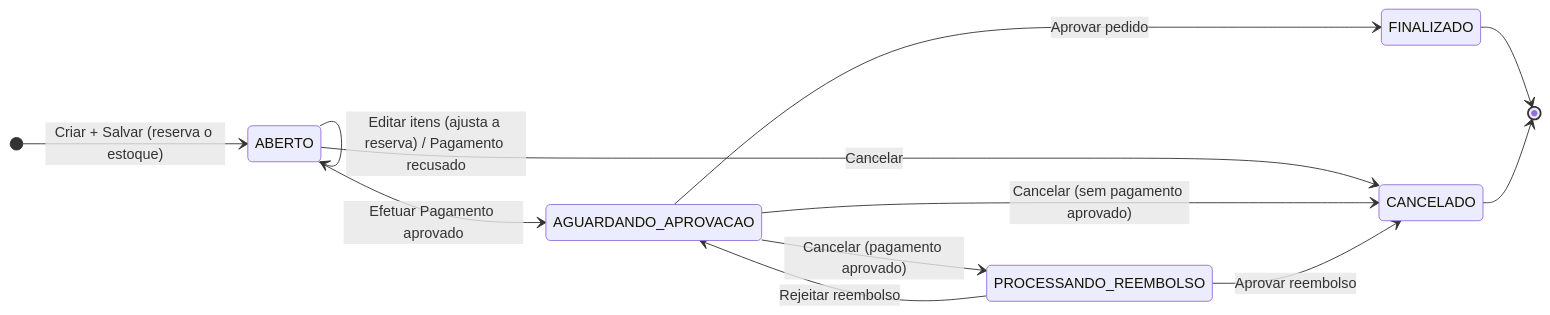
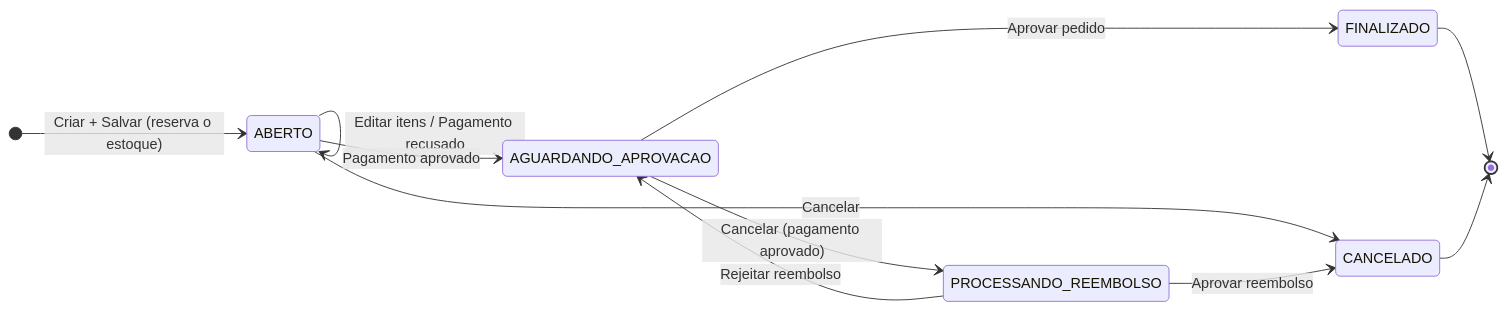
One commit to AdrianoBispo/sap-abap-rap-pedidos-de-compras-app changed the diagram in README.md. Above: the diagram before and after it, drawn with Mermaid. The commit also changed other lines of this file and 2 other files, not shown here.

````diff
--- a/README.md
+++ b/README.md
@@ -256,15 +194,14 @@
 ```mermaid
 stateDiagram-v2
     direction LR
     [*] --> ABERTO: Criar + Salvar (reserva o estoque)
-    ABERTO --> ABERTO: Editar itens (ajusta a reserva) / Pagamento recusado
-    ABERTO --> AGUARDANDO_APROVACAO: Efetuar Pagamento aprovado
+    ABERTO --> ABERTO: Editar itens / Pagamento recusado
+    ABERTO --> AGUARDANDO_APROVACAO: Pagamento aprovado
     AGUARDANDO_APROVACAO --> FINALIZADO: Aprovar pedido
     ABERTO --> CANCELADO: Cancelar
-    AGUARDANDO_APROVACAO --> CANCELADO: Cancelar (sem pagamento aprovado)
     AGUARDANDO_APROVACAO --> PROCESSANDO_REEMBOLSO: Cancelar (pagamento aprovado)
     PROCESSANDO_REEMBOLSO --> CANCELADO: Aprovar reembolso
     PROCESSANDO_REEMBOLSO --> AGUARDANDO_APROVACAO: Rejeitar reembolso
     FINALIZADO --> [*]
     CANCELADO --> [*]
 ```
````
